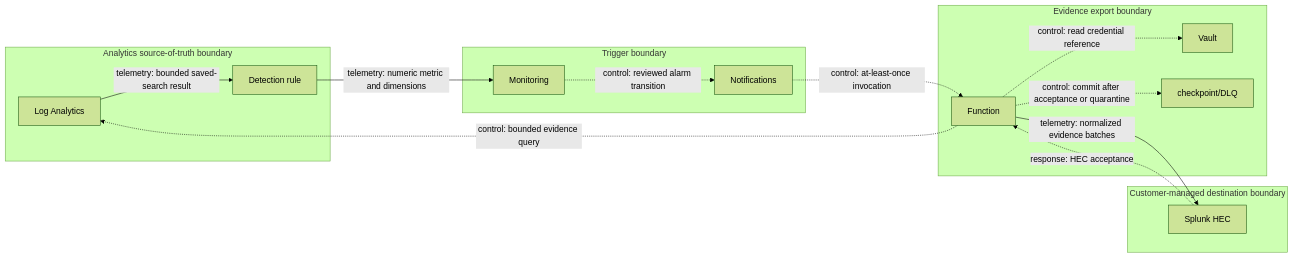
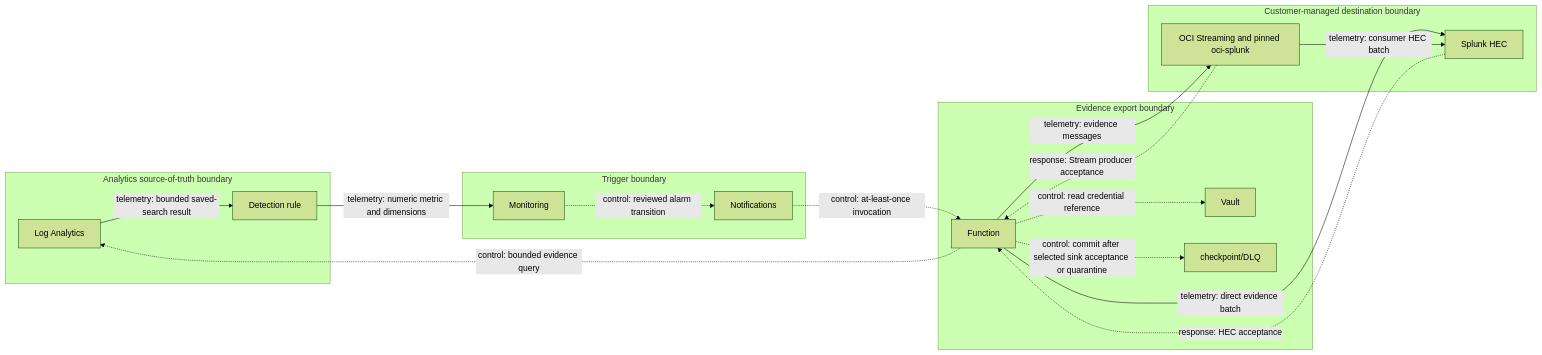
One commit to adibirzu/oci-log-analytics-detections changed the diagram in docs/diagrams/logan-splunk-evidence-export.mmd. Above: the diagram before and after it, drawn with Mermaid (forest theme). The commit also changed 760 other files, not shown here.

```diff
--- a/docs/diagrams/logan-splunk-evidence-export.mmd
+++ b/docs/diagrams/logan-splunk-evidence-export.mmd
@@ -1,29 +1,33 @@
 %% Title: Mode 2 - Log Analytics detection evidence export
 %% Evidence: code-backed exporter and configured disabled stack; provider verified = false; release accepted = false
-%% Primary objects: 8
+%% Primary objects: 9
 flowchart LR
   subgraph ANALYTICS["Analytics source-of-truth boundary"]
     logan["Log Analytics"]
     detection["Detection rule"]
   end
   subgraph TRIGGER["Trigger boundary"]
     monitoring["Monitoring"]
     notifications["Notifications"]
   end
   subgraph EXPORT["Evidence export boundary"]
     function["Function"]
     vault["Vault"]
     state["checkpoint/DLQ"]
   end
   subgraph DEST["Customer-managed destination boundary"]
     hec["Splunk HEC"]
+    stream_path["OCI Streaming and pinned oci-splunk"]
   end
   logan -->|"telemetry: bounded saved-search result"| detection
   detection -->|"telemetry: numeric metric and dimensions"| monitoring
   monitoring -.->|"control: reviewed alarm transition"| notifications
   notifications -.->|"control: at-least-once invocation"| function
   function -.->|"control: bounded evidence query"| logan
   function -.->|"control: read credential reference"| vault
-  function -->|"telemetry: normalized evidence batches"| hec
+  function -->|"telemetry: direct evidence batch"| hec
   hec -.->|"response: HEC acceptance"| function
-  function -.->|"control: commit after acceptance or quarantine"| state
+  function -->|"telemetry: evidence messages"| stream_path
+  stream_path -.->|"response: Stream producer acceptance"| function
+  stream_path -->|"telemetry: consumer HEC batch"| hec
+  function -.->|"control: commit after selected sink acceptance or quarantine"| state
```
